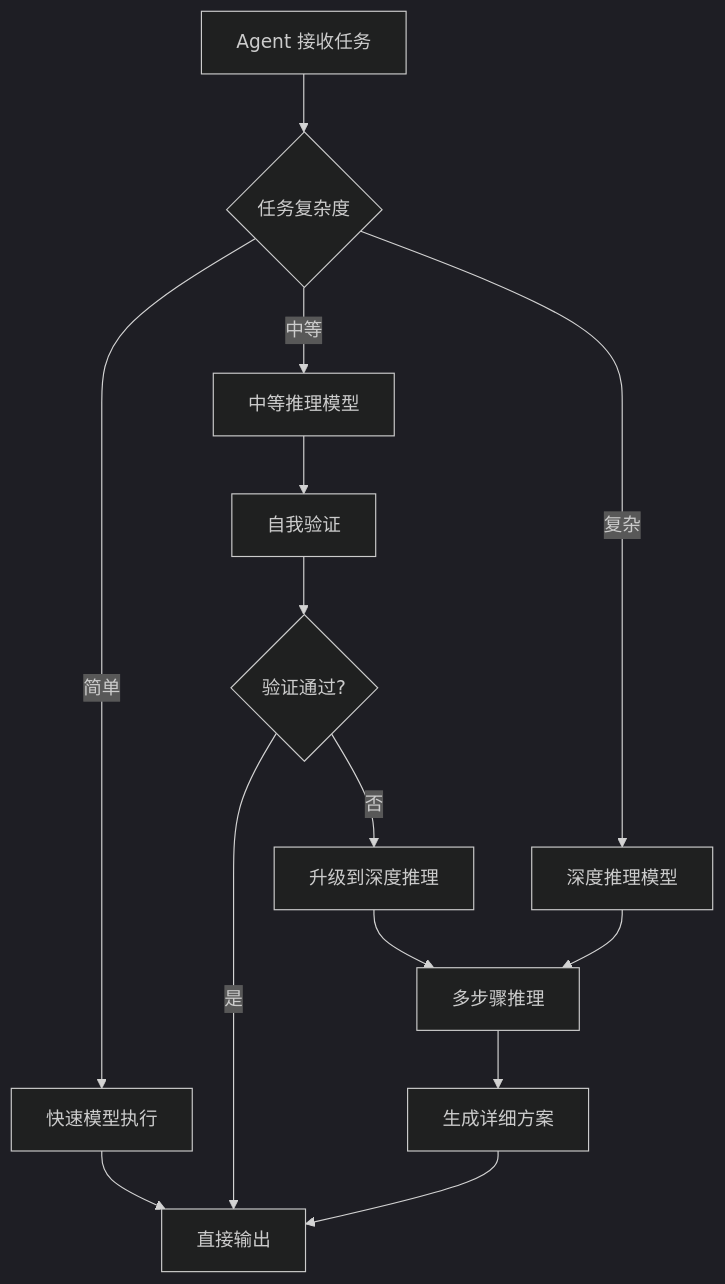
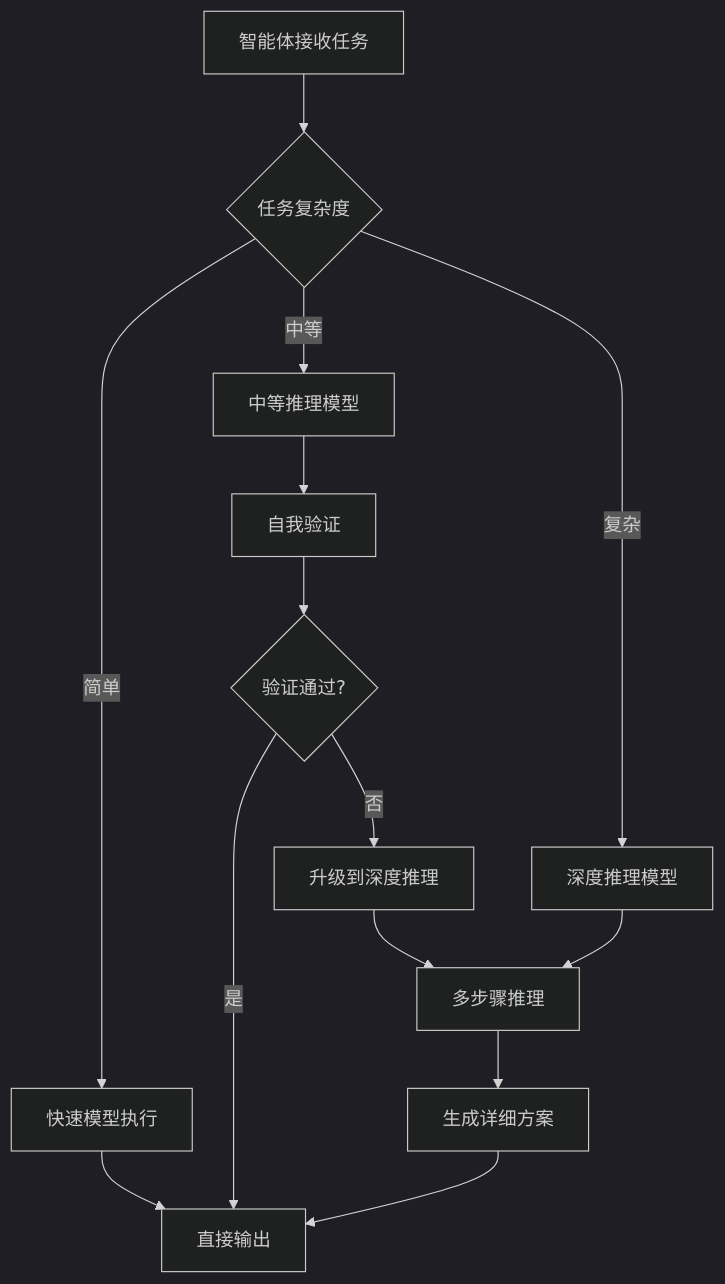
The third of 3 diagrams in 07_evolution/7.5_reasoning.md (yeasy/agentic_ai_guide), drawn with Mermaid (dark theme) before and after one commit. The commit also changed other lines of this file and 75 other files, not shown here.

````diff
--- a/07_evolution/7.5_reasoning.md
+++ b/07_evolution/7.5_reasoning.md
@@ -383,20 +383,20 @@
 ```mermaid
 flowchart TD
-    a["Agent 接收任务"] --> b{任务复杂度}
+    a["智能体接收任务"] --> b{任务复杂度}
     b -->|简单| c["快速模型执行"]
     b -->|中等| d["中等推理模型"]
     b -->|复杂| e["深度推理模型"]
     
     c --> f["直接输出"]
     d --> g["自我验证"]
     e --> h["多步骤推理"]
     
     g --> i{验证通过?}
     h --> j["生成详细方案"]
     
     i -->|是| f
     i -->|否| k["升级到深度推理"]
     
     k --> h
     j --> f
 ```
````
